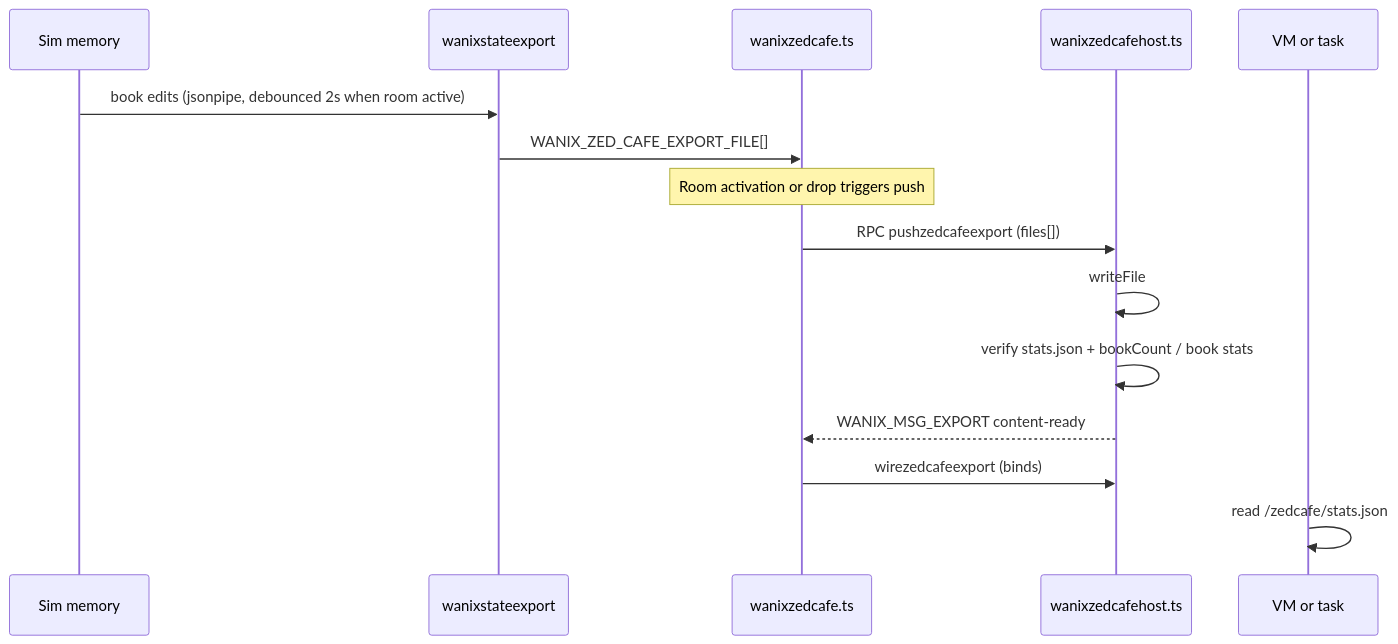
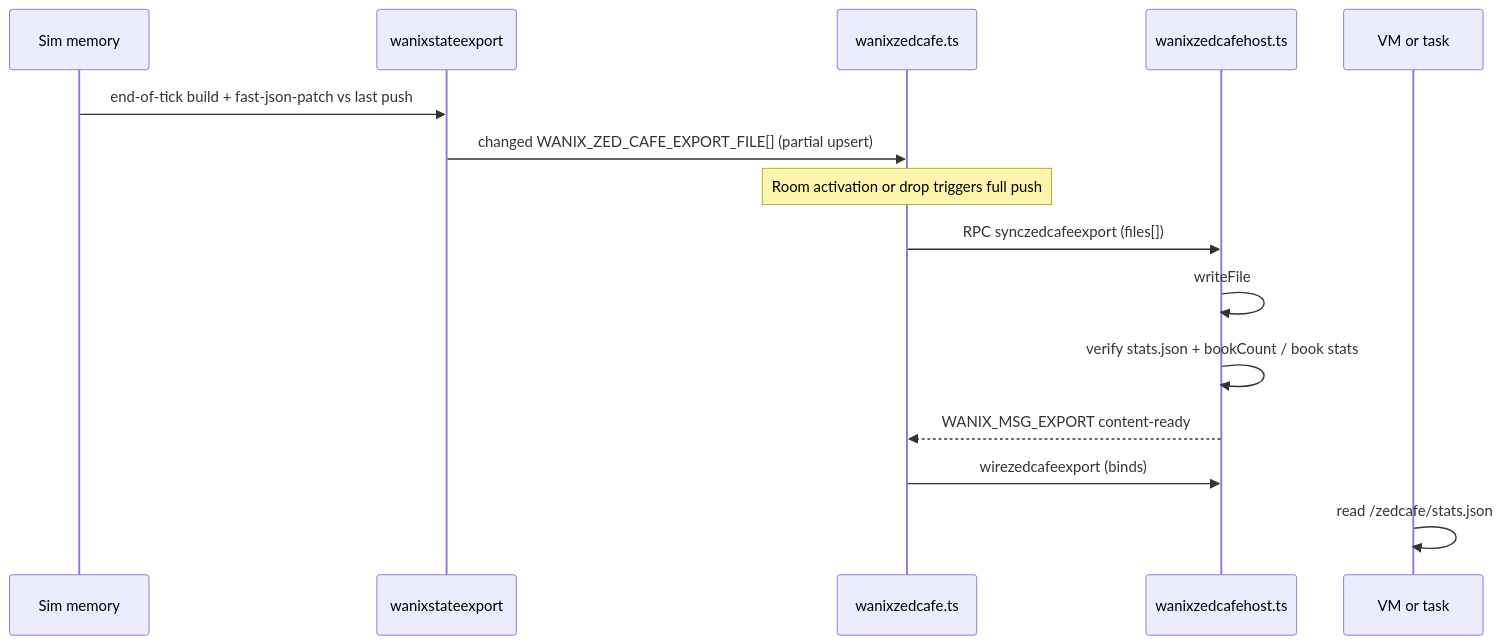
One commit to goldbuick/zed-software-system changed the third of 9 diagrams in zss/feature/wanix/README.md. Above: the diagram before and after it, drawn with Mermaid. The commit also changed other lines of this file and 12 other files, not shown here.

````diff
--- a/zss/feature/wanix/README.md
+++ b/zss/feature/wanix/README.md
@@ -182,19 +182,19 @@
 ```mermaid
 sequenceDiagram
   participant Mem as Sim memory
   participant Host as wanixstateexport
   participant Parent as wanixzedcafe.ts
   participant Iframe as wanixzedcafehost.ts
   participant Guest as VM or task
 
-  Mem->>Host: book edits (jsonpipe, debounced 2s when room active)
-  Host->>Parent: WANIX_ZED_CAFE_EXPORT_FILE[]
-  Note over Parent: Room activation or drop triggers push
+  Mem->>Host: end-of-tick build + fast-json-patch vs last push
+  Host->>Parent: changed WANIX_ZED_CAFE_EXPORT_FILE[] (partial upsert)
+  Note over Parent: Room activation or drop triggers full push
 
-  Parent->>Iframe: RPC pushzedcafeexport (files[])
+  Parent->>Iframe: RPC synczedcafeexport (files[])
   Iframe->>Iframe: writeFile #task/rid/export/…
   Iframe->>Iframe: verify stats.json + bookCount / book stats
   Iframe-->>Parent: WANIX_MSG_EXPORT content-ready
   Parent->>Iframe: wirezedcafeexport (binds)
   Guest->>Guest: read /zedcafe/stats.json
 ```
````
